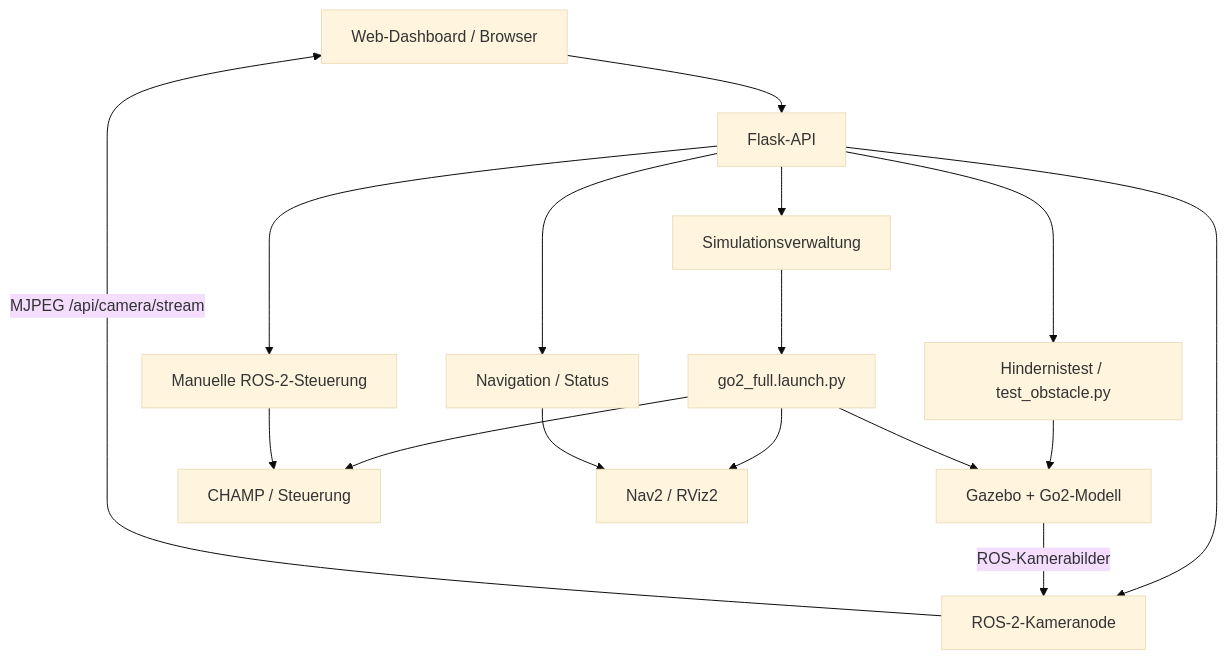
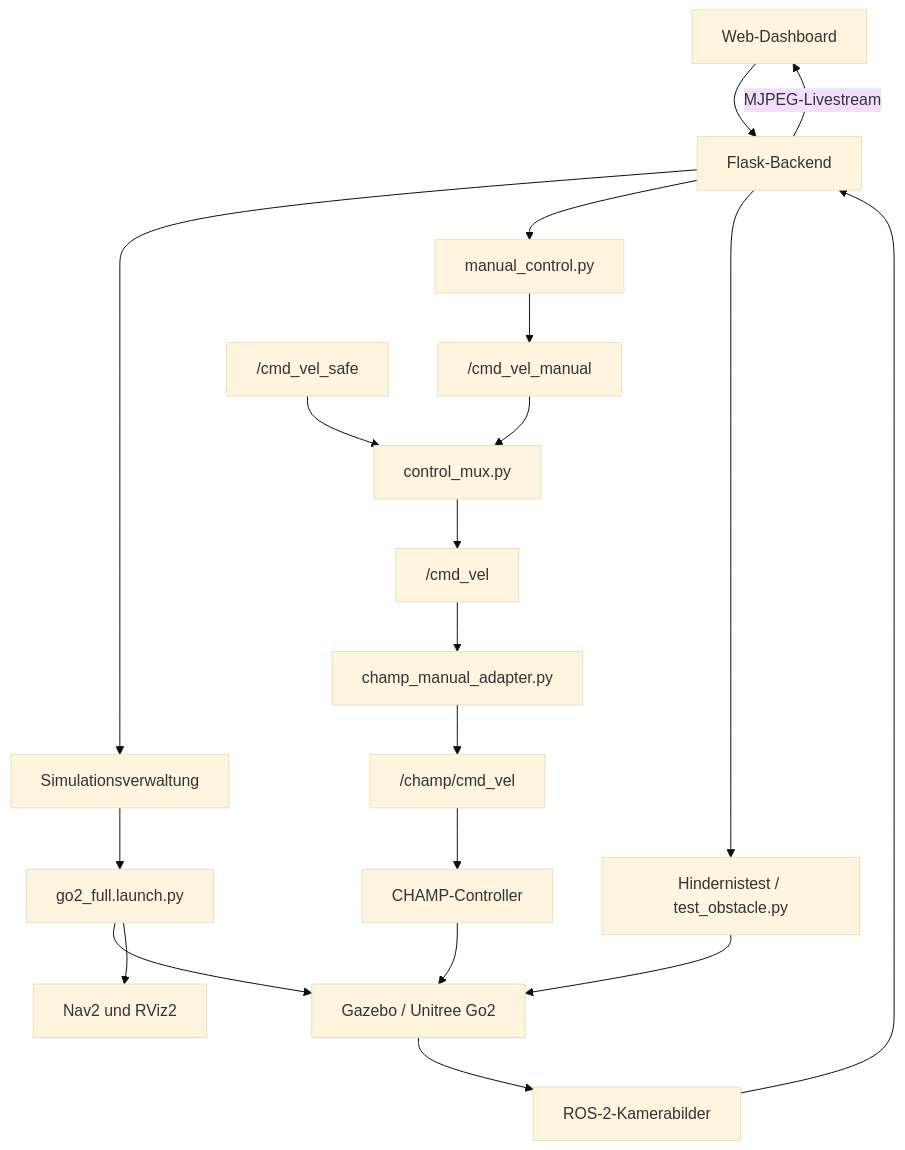
Before and after one commit to samuhaug/unitree_go_simulation: the diagram in README.md, drawn with Mermaid (base theme). The commit also changed other lines of this file, not shown here.

````diff
--- a/README.md
+++ b/README.md
@@ -53,18 +60,22 @@
 ```mermaid
 flowchart TD
-    UI[Web-Dashboard / Browser] --> API[Flask-API]
-    API --> SIM[Simulationsverwaltung]
-    API --> MAN[Manuelle ROS-2-Steuerung]
-    API --> CAM[ROS-2-Kameranode]
-    API --> NAV[Navigation / Status]
-    API --> OBS[Hindernistest / test_obstacle.py]
+    UI["Web-Dashboard"] --> API["Flask-Backend"]
+    API --> SIM["Simulationsverwaltung"]
+    SIM --> LAUNCH["go2_full.launch.py"]
+    LAUNCH --> GZ["Gazebo / Unitree Go2"]
+    LAUNCH --> NAV["Nav2 und RViz2"]
+    API --> MAN["manual_control.py"]
+    MAN --> T1["/cmd_vel_manual"]
+    T1 --> MUX["control_mux.py"]
+    SAFE["/cmd_vel_safe"] --> MUX
+    MUX --> T2["/cmd_vel"]
+    T2 --> ADAPTER["champ_manual_adapter.py"]
+    ADAPTER --> T3["/champ/cmd_vel"]
+    T3 --> CHAMP["CHAMP-Controller"]
+    CHAMP --> GZ
+    API --> OBS["Hindernistest / test_obstacle.py"]
     OBS --> GZ
-    SIM --> LAUNCH[go2_full.launch.py]
-    LAUNCH --> GZ[Gazebo + Go2-Modell]
-    LAUNCH --> CHAMP[CHAMP / Steuerung]
-    LAUNCH --> NAV2[Nav2 / RViz2]
-    GZ -->|ROS-Kamerabilder| CAM
-    CAM -->|MJPEG /api/camera/stream| UI
-    MAN --> CHAMP
-    NAV --> NAV2
+    GZ --> CAM["ROS-2-Kamerabilder"]
+    CAM --> API
+    API -->|"MJPEG-Livestream"| UI
 ```
````
